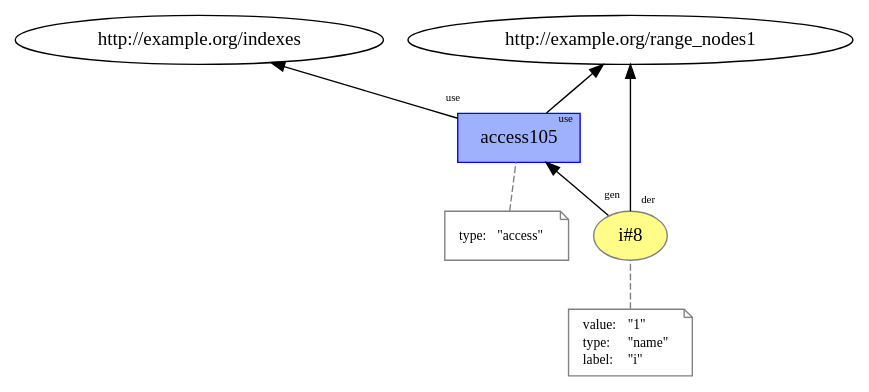
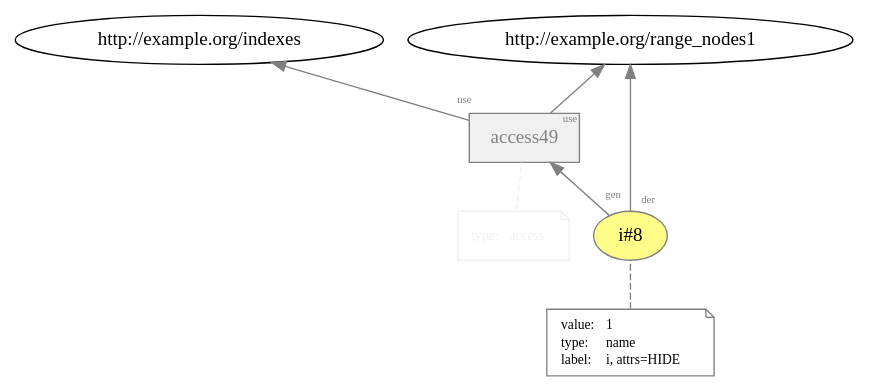
Before and after one commit to dew-uff/versioned-prov: the diagram in images/prov_dictionary/temp/L11__loop_access_8.dot, drawn with Graphviz. The commit also changed 580 other files, not shown here.

```diff
--- a/images/prov_dictionary/temp/L11__loop_access_8.dot
+++ b/images/prov_dictionary/temp/L11__loop_access_8.dot
@@ -1,30 +1,30 @@
 digraph "PROV" { size="16,12"; rankdir="BT";
 "http://example.org/i#8" [fillcolor="#FFFC87",color="#808080",style="filled",label="i#8",URL="http://example.org/i#8"]
 "-attrs0" [color="gray",shape="note",fontsize="10",fontcolor="black",label=<<TABLE cellpadding="0" border="0">
 	<TR>
 	    <TD align="left">value:</TD>
-	    <TD align="left">&quot;1&quot;</TD>
+	    <TD align="left">1</TD>
 	</TR>
 	<TR>
 	    <TD align="left">type:</TD>
-	    <TD align="left">&quot;name&quot;</TD>
+	    <TD align="left">name</TD>
 	</TR>
 	<TR>
 	    <TD align="left">label:</TD>
-	    <TD align="left">&quot;i&quot;</TD>
+	    <TD align="left">i, attrs=HIDE</TD>
 	</TR>
 </TABLE>>]
 "-attrs0" -> "http://example.org/i#8" [color="gray",style="dashed",arrowhead="none"]
-"http://example.org/access105" [fillcolor="#9FB1FC",color="#0000FF",shape="polygon",sides="4",style="filled",label="access105",URL="http://example.org/access105"]
-"-attrs1" [color="gray",shape="note",fontsize="10",fontcolor="black",label=<<TABLE cellpadding="0" border="0">
+"http://example.org/access49" [fillcolor="#F0F0F0",color="gray",shape="polygon",sides="4",style="filled",label="access49",URL="http://example.org/access49",fontcolor="gray"]
+"-attrs1" [color="#F0F0F0",shape="note",fontsize="10",fontcolor="black",label=<<TABLE cellpadding="0" border="0">
 	<TR>
-	    <TD align="left">type:</TD>
-	    <TD align="left">&quot;access&quot;</TD>
+	    <TD align="left"><font color="#F0F0F0">type:</font></TD>
+	    <TD align="left"><font color="#F0F0F0">access</font></TD>
 	</TR>
 </TABLE>>]
-"-attrs1" -> "http://example.org/access105" [color="gray",style="dashed",arrowhead="none"]
-"http://example.org/access105" -> "http://example.org/range_nodes1" [labelfontsize="8",labeldistance="1.5",labelangle="60.0",rotation="20",taillabel="use"]
-"http://example.org/i#8" -> "http://example.org/range_nodes1" [labelfontsize="8",labeldistance="1.5",labelangle="60.0",rotation="20",taillabel="der"]
-"http://example.org/i#8" -> "http://example.org/access105" [labelfontsize="8",labeldistance="1.5",labelangle="60.0",rotation="20",taillabel="gen"]
-"http://example.org/access105" -> "http://example.org/indexes" [labelfontsize="8",labeldistance="1.5",labelangle="60.0",rotation="20",taillabel="use"]
+"-attrs1" -> "http://example.org/access49" [color="#F0F0F0",style="dashed",arrowhead="none"]
+"http://example.org/access49" -> "http://example.org/range_nodes1" [labelfontsize="8",labeldistance="1.5",labelangle="60.0",rotation="20",taillabel="use",fontcolor="gray",color="gray"]
+"http://example.org/i#8" -> "http://example.org/range_nodes1" [labelfontsize="8",labeldistance="1.5",labelangle="60.0",rotation="20",taillabel="der",fontcolor="gray",color="gray"]
+"http://example.org/i#8" -> "http://example.org/access49" [labelfontsize="8",labeldistance="1.5",labelangle="60.0",rotation="20",taillabel="gen",fontcolor="gray",color="gray"]
+"http://example.org/access49" -> "http://example.org/indexes" [labelfontsize="8",labeldistance="1.5",labelangle="60.0",rotation="20",taillabel="use",fontcolor="gray",color="gray"]
 }
```
